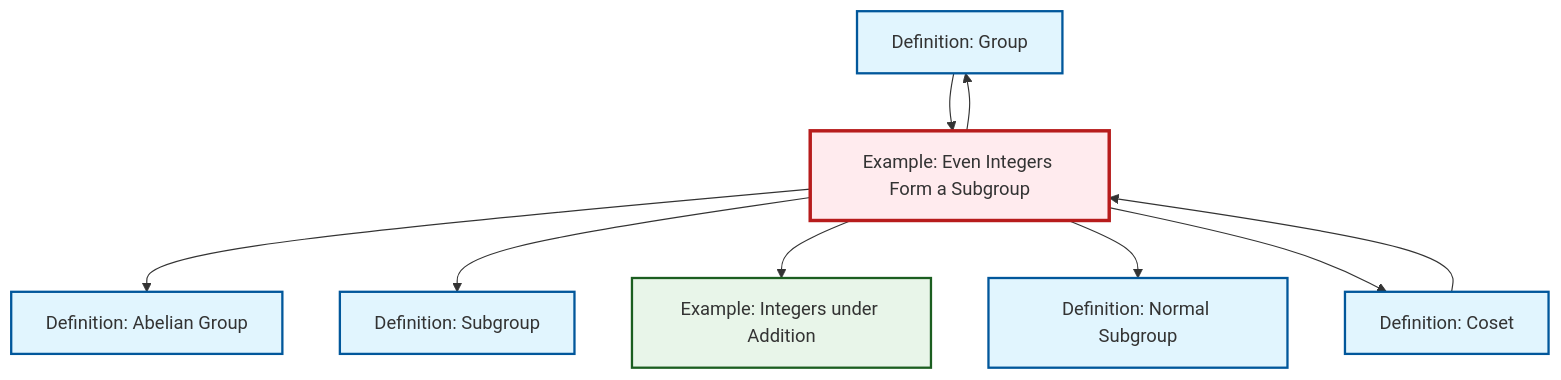
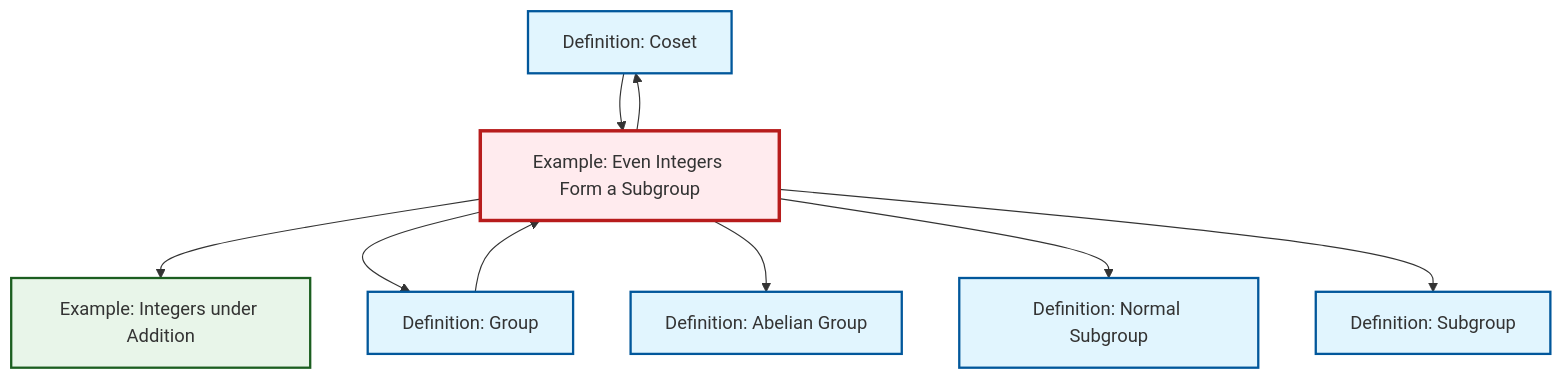
The diagram in content/en/algebra/ex-even-integers-subgroup.qmd (RK0429/ModernMath), drawn with Mermaid before and after one commit. The commit also changed other lines of this file and 328 other files, not shown here.

````diff
--- a/content/en/algebra/ex-even-integers-subgroup.qmd
+++ b/content/en/algebra/ex-even-integers-subgroup.qmd
@@ -47,31 +48,31 @@
 ```{mermaid}
 %%| fig-cap: "Local dependency graph"
 graph TD
     classDef definition fill:#e1f5fe,stroke:#01579b,stroke-width:2px
     classDef theorem fill:#f3e5f5,stroke:#4a148c,stroke-width:2px
     classDef axiom fill:#fff3e0,stroke:#e65100,stroke-width:2px
     classDef example fill:#e8f5e9,stroke:#1b5e20,stroke-width:2px
     classDef current fill:#ffebee,stroke:#b71c1c,stroke-width:3px
+    def-coset["Definition: Coset"]:::definition
+    def-normal-subgroup["Definition: Normal Subgroup"]:::definition
     def-subgroup["Definition: Subgroup"]:::definition
-    def-normal-subgroup["Definition: Normal Subgroup"]:::definition
-    ex-integers-addition["Example: Integers under Addition"]:::example
-    def-group["Definition: Group"]:::definition
-    def-coset["Definition: Coset"]:::definition
     ex-even-integers-subgroup["Example: Even Integers Form a Subgroup"]:::example
     def-abelian-group["Definition: Abelian Group"]:::definition
+    def-group["Definition: Group"]:::definition
+    ex-integers-addition["Example: Integers under Addition"]:::example
+    ex-even-integers-subgroup --> def-coset
+    ex-even-integers-subgroup --> ex-integers-addition
+    ex-even-integers-subgroup --> def-group
     ex-even-integers-subgroup --> def-abelian-group
+    ex-even-integers-subgroup --> def-normal-subgroup
+    def-coset --> ex-even-integers-subgroup
+    def-group --> ex-even-integers-subgroup
     ex-even-integers-subgroup --> def-subgroup
-    def-coset --> ex-even-integers-subgroup
-    ex-even-integers-subgroup --> ex-integers-addition
-    def-group --> ex-even-integers-subgroup
-    ex-even-integers-subgroup --> def-normal-subgroup
-    ex-even-integers-subgroup --> def-group
-    ex-even-integers-subgroup --> def-coset
     class ex-even-integers-subgroup current
+    click def-coset "def-coset.html" "Go to Coset definition"
+    click def-normal-subgroup "def-normal-subgroup.html" "Go to Normal Subgroup definition"
     click def-subgroup "def-subgroup.html" "Go to Subgroup definition"
-    click def-normal-subgroup "def-normal-subgroup.html" "Go to Normal Subgroup definition"
+    click def-abelian-group "def-abelian-group.html" "Go to Abelian Group definition"
+    click def-group "def-group.html" "Go to Group definition"
     click ex-integers-addition "ex-integers-addition.html" "Go to Integers under Addition example"
-    click def-group "def-group.html" "Go to Group definition"
-    click def-coset "def-coset.html" "Go to Coset definition"
-    click def-abelian-group "def-abelian-group.html" "Go to Abelian Group definition"
 ```
````
